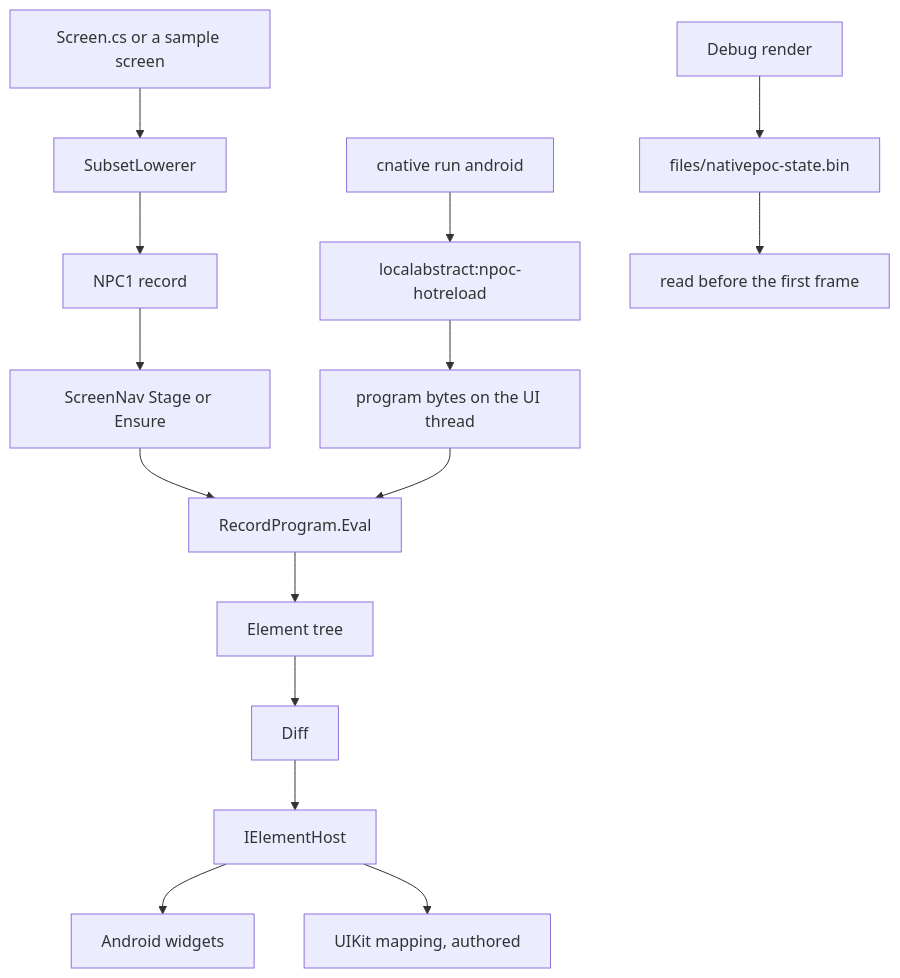
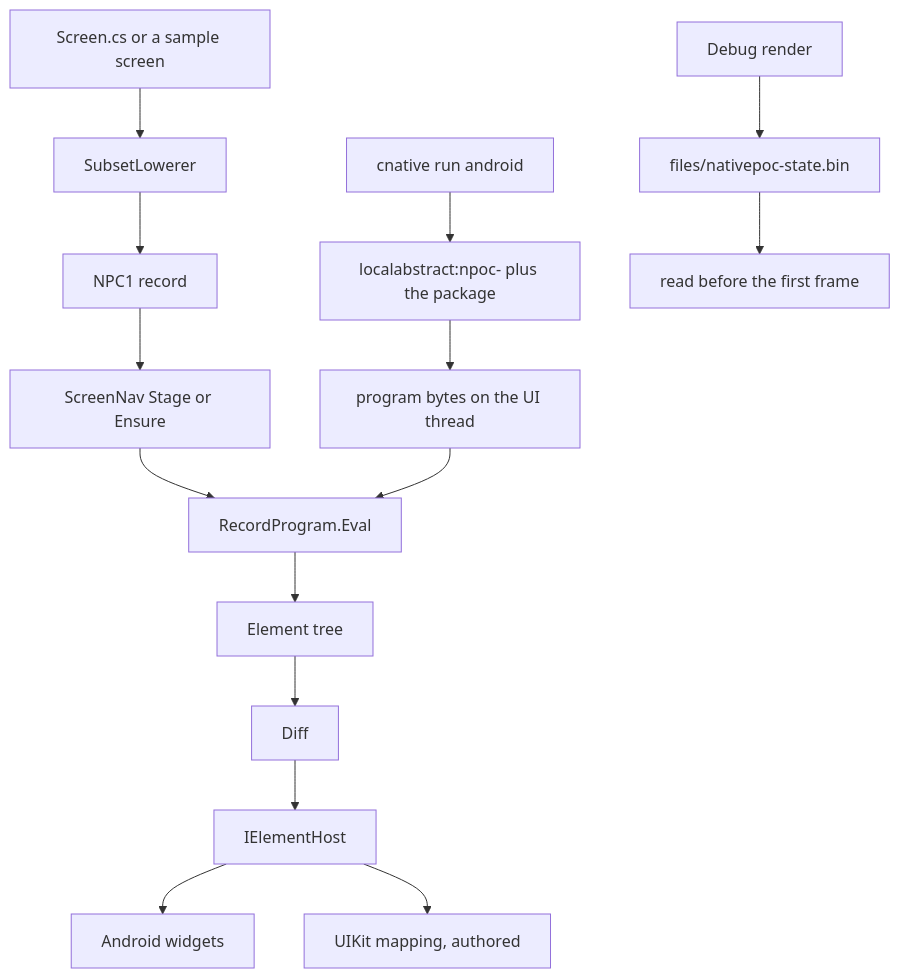
The diagram in docs/architecture.md (filipef101/c-sharp-native), drawn with Mermaid before and after one commit. The commit also changed other lines of this file and 40 other files, not shown here.

````diff
--- a/docs/architecture.md
+++ b/docs/architecture.md
@@ -60,17 +60,17 @@
 ```mermaid
 flowchart TD
   screen["Screen.cs or a sample screen"] --> lower["SubsetLowerer"]
   lower --> npc["NPC1 record"]
   npc --> nav["ScreenNav Stage or Ensure"]
   nav --> eval["RecordProgram.Eval"]
   eval --> tree["Element tree"]
   tree --> diff["Diff"]
   diff --> host["IElementHost"]
   host --> android["Android widgets"]
   host --> uikit["UIKit mapping, authored"]
-  edit["cnative run android"] --> socket["localabstract:npoc-hotreload"]
+  edit["cnative run android"] --> socket["localabstract:npoc- plus the package"]
   socket --> apply["program bytes on the UI thread"]
   apply --> eval
   debug["Debug render"] --> file["files/nativepoc-state.bin"]
   file --> restore["read before the first frame"]
 ```
````
